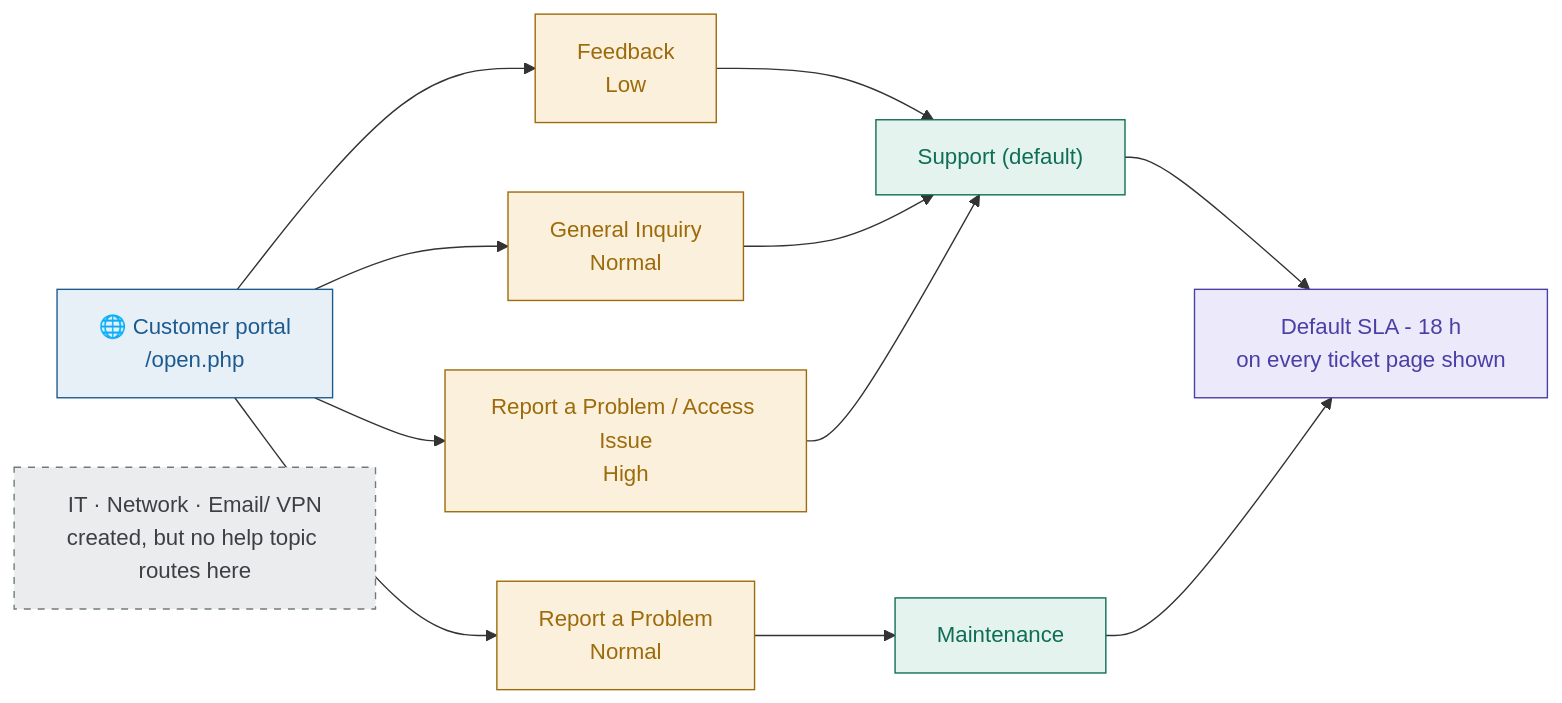
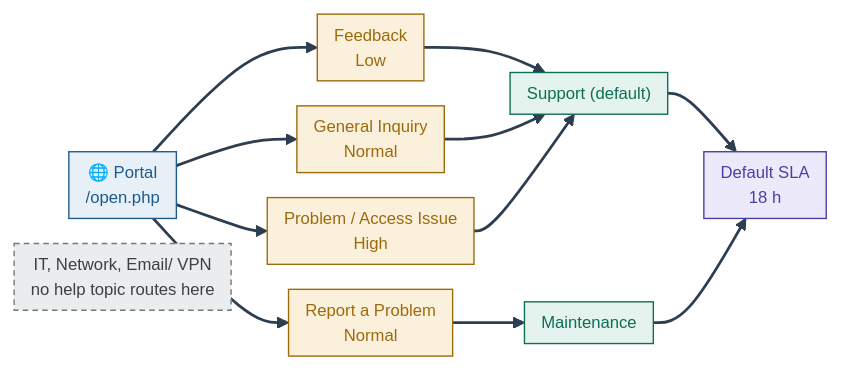
One commit to malaika-azhar/Real-World-Tier2-Support-Projects changed the fourth of 8 diagrams in project-1-osticket-helpdesk-deployment/README.md. Above: the diagram before and after it, drawn with Mermaid. The commit also changed other lines of this file, not shown here.

````diff
--- a/project-1-osticket-helpdesk-deployment/README.md
+++ b/project-1-osticket-helpdesk-deployment/README.md
@@ -405,20 +442,21 @@
 ```mermaid
+%%{init: {'theme': 'base', 'themeVariables': {'fontSize': '12px'}, 'flowchart': {'nodeSpacing': 18, 'rankSpacing': 26, 'padding': 6}}}%%
 flowchart LR
-    P["🌐 Customer portal<br/>/open.php"]:::portal --> HT1["Feedback<br/>Low"]:::topic
+    P["🌐 Portal<br/>/open.php"]:::portal --> HT1["Feedback<br/>Low"]:::topic
     P --> HT2["General Inquiry<br/>Normal"]:::topic
     P --> HT3["Report a Problem<br/>Normal"]:::topic
-    P --> HT4["Report a Problem / Access Issue<br/>High"]:::topic
+    P --> HT4["Problem / Access Issue<br/>High"]:::topic
     HT1 --> D1["Support (default)"]:::dept
     HT2 --> D1
     HT4 --> D1
     HT3 --> D2["Maintenance"]:::dept
-    D1 --> SLA["Default SLA - 18 h<br/>on every ticket page shown"]:::sla
+    D1 --> SLA["Default SLA<br/>18 h"]:::sla
     D2 --> SLA
-    NEW["IT · Network · Email/ VPN<br/>created, but no help topic routes here"]:::unused
-
+    NEW["IT, Network, Email/ VPN<br/>no help topic routes here"]:::unused
     classDef portal fill:#E7F0F7,stroke:#1D5B8F,color:#1D5B8F
     classDef topic fill:#FBF0DC,stroke:#9C6B0B,color:#9C6B0B
     classDef dept fill:#E4F3EE,stroke:#0F6E56,color:#0F6E56
     classDef sla fill:#ECEAFA,stroke:#4A3FA6,color:#4A3FA6
-    classDef unused fill:#EAECEE,stroke:#707B7C,color:#3B4142,stroke-dasharray: 5 5
+    classDef unused fill:#EAECEE,stroke:#707B7C,color:#3B4142,stroke-dasharray: 4 3
+    linkStyle default stroke:#2C3E50,stroke-width:2px
 ```
````
